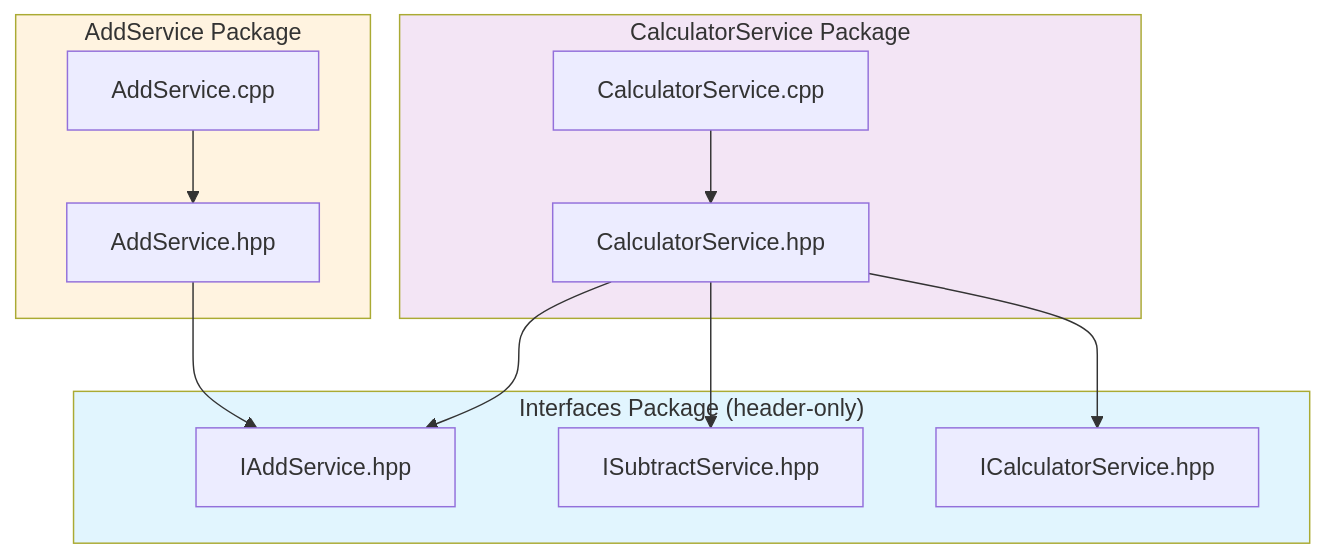
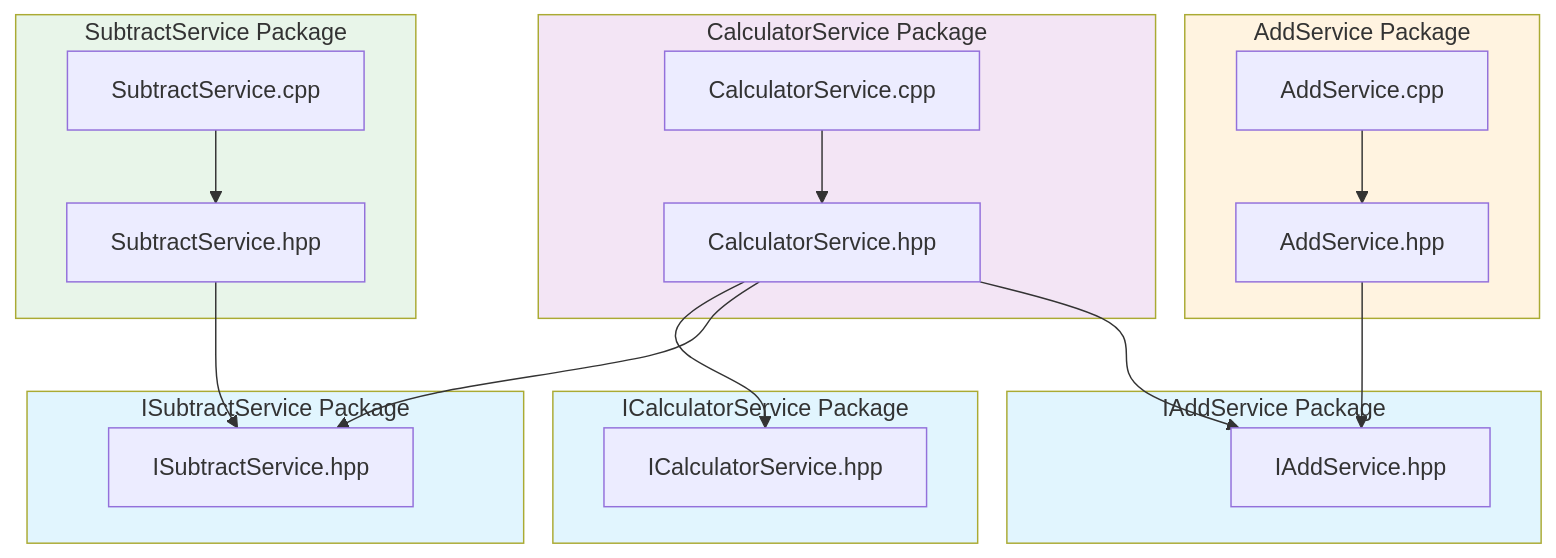
Before and after one commit to Unarmed1000/ServiceFrameworkExperiments: the seventh of 7 diagrams in docs/presentation_async_patterns.md, drawn with Mermaid. The commit also changed other lines of this file, not shown here.

Commit message:
feat: Refactor service interface documentation to clarify package dependencies and usage patterns

````diff
--- a/docs/presentation_async_patterns.md
+++ b/docs/presentation_async_patterns.md
@@ -1068,30 +1068,47 @@
 ```mermaid
 graph TD
-    subgraph Interfaces["Interfaces Package (header-only)"]
+    subgraph IAddPkg["IAddService Package"]
         IAdd[IAddService.hpp]
+    end
+
+    subgraph ISubPkg["ISubtractService Package"]
         ISub[ISubtractService.hpp]
+    end
+
+    subgraph ICalcPkg["ICalculatorService Package"]
         ICalc[ICalculatorService.hpp]
     end
 
     subgraph AddPkg["AddService Package"]
         AddH[AddService.hpp]
         AddCpp[AddService.cpp]
+    end
+
+    subgraph SubPkg["SubtractService Package"]
+        SubH[SubtractService.hpp]
+        SubCpp[SubtractService.cpp]
     end
 
     subgraph CalcPkg["CalculatorService Package"]
         CalcH[CalculatorService.hpp]
         CalcCpp[CalculatorService.cpp]
     end
 
     AddH --> IAdd
     AddCpp --> AddH
 
+    SubH --> ISub
+    SubCpp --> SubH
+
     CalcH --> IAdd
     CalcH --> ISub
     CalcH --> ICalc
     CalcCpp --> CalcH
 
-    style Interfaces fill:#e1f5fe
+    style IAddPkg fill:#e1f5fe
+    style ISubPkg fill:#e1f5fe
+    style ICalcPkg fill:#e1f5fe
     style AddPkg fill:#fff3e0
+    style SubPkg fill:#e8f5e9
     style CalcPkg fill:#f3e5f5
 ```
````
